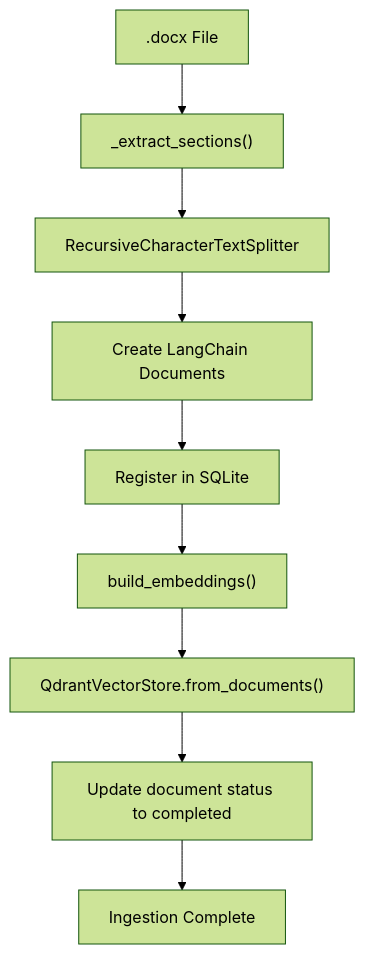
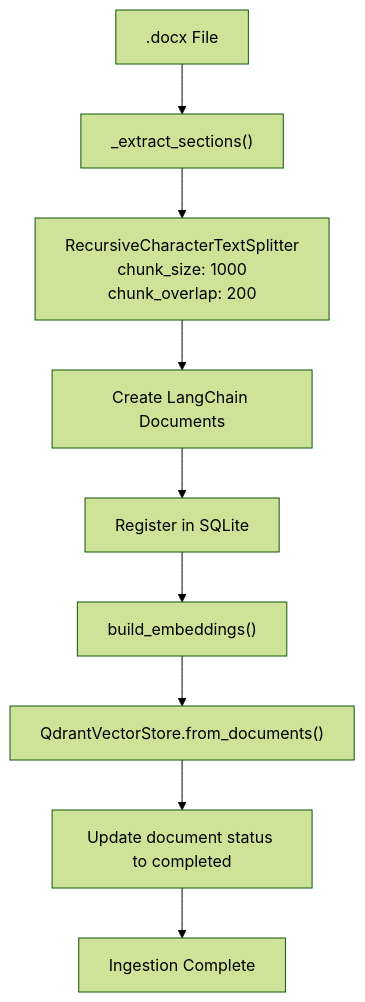
Diagram 16 of 22 in .qoder/repowiki/en/content/RAG Integration/RAG Integration.md (ognelis/cafetera_hr_bot), drawn with Mermaid (forest theme) before and after one commit. The commit also changed other lines of this file and 16 other files, not shown here.

````diff
--- a/.qoder/repowiki/en/content/RAG Integration/RAG Integration.md
+++ b/.qoder/repowiki/en/content/RAG Integration/RAG Integration.md
@@ -900,11 +915,11 @@
 ```mermaid
 flowchart TD
 DocxFile[".docx File"] --> ExtractSections["_extract_sections()"]
-ExtractSections --> SplitText["RecursiveCharacterTextSplitter"]
+ExtractSections --> SplitText["RecursiveCharacterTextSplitter<br/>chunk_size: 1000<br/>chunk_overlap: 200"]
 SplitText --> CreateDocuments["Create LangChain Documents"]
 CreateDocuments --> RegisterDocument["Register in SQLite"]
 RegisterDocument --> BuildEmbeddings["build_embeddings()"]
 BuildEmbeddings --> StoreQdrant["QdrantVectorStore.from_documents()"]
 StoreQdrant --> UpdateStatus["Update document status to completed"]
 UpdateStatus --> Success["Ingestion Complete"]
 ```
````
